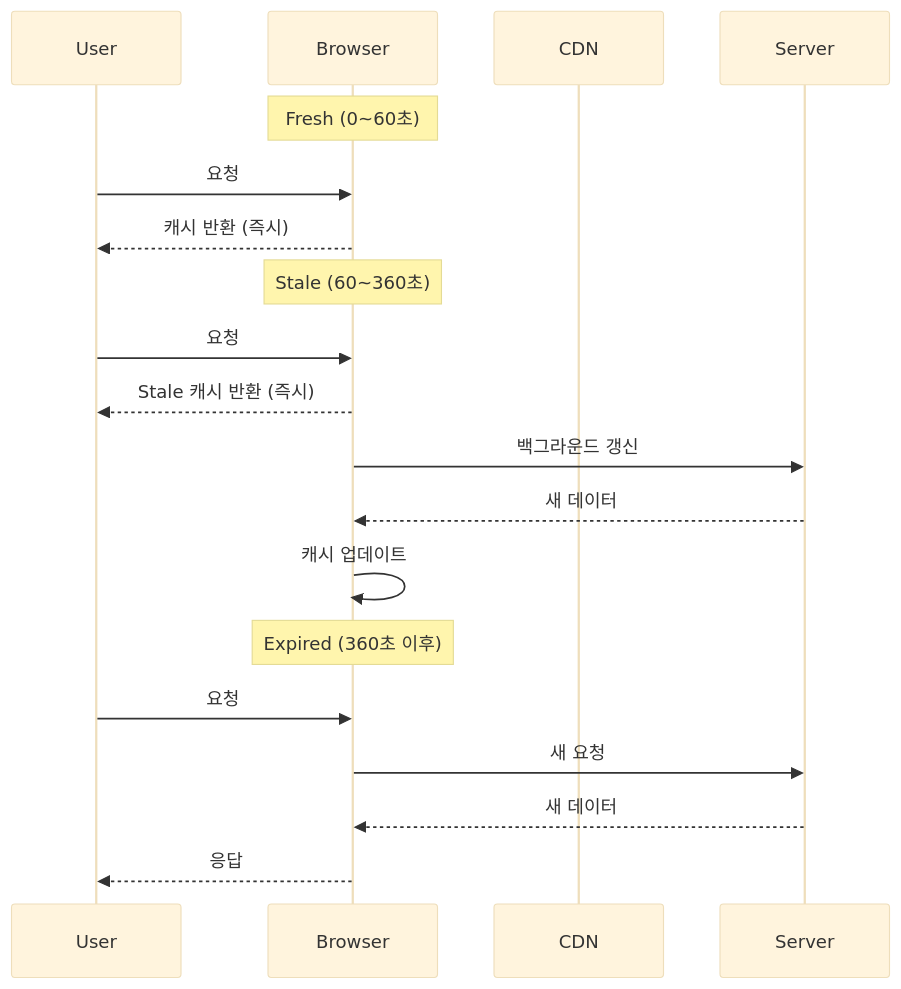
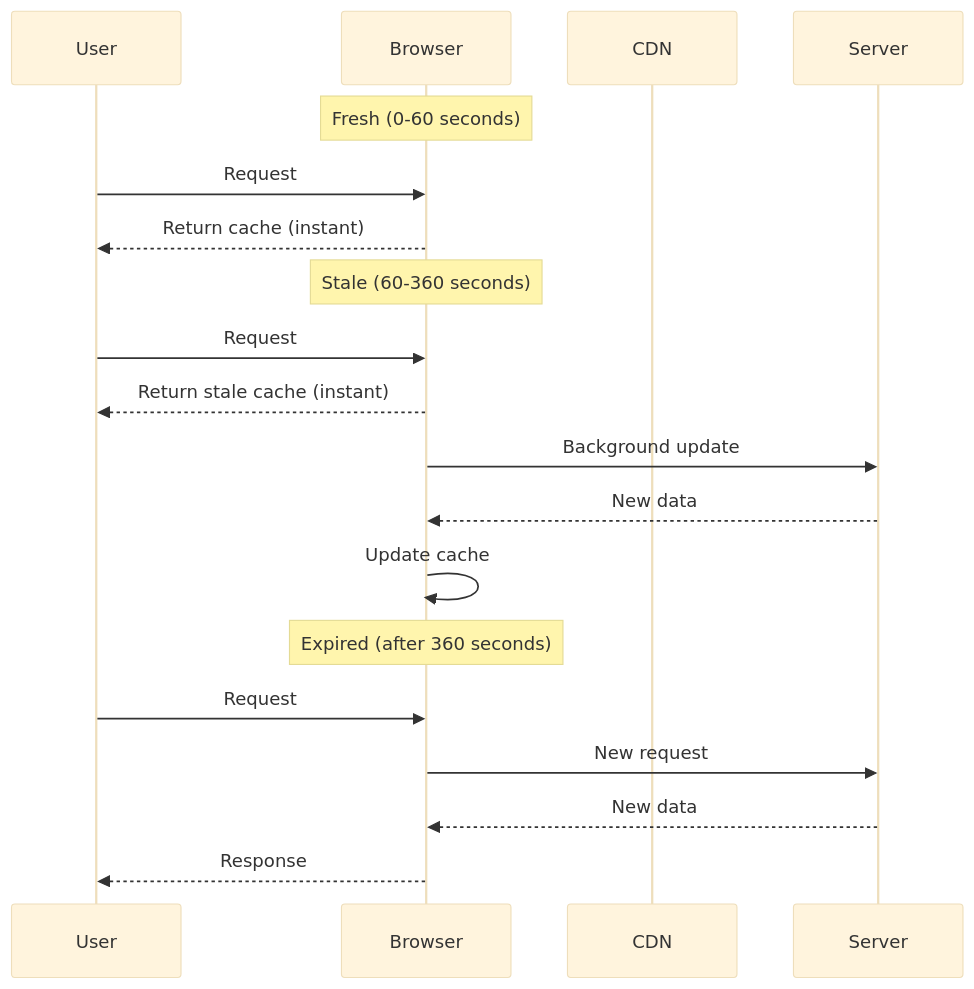
One commit to cartanova-ai/sonamu changed the third of 4 diagrams in modules/docs/en/advanced-features/cache-control/what-is-cache-control.mdx. Above: the diagram before and after it, drawn with Mermaid (base theme). The commit also changed other lines of this file and 86 other files, not shown here.

````diff
--- a/modules/docs/en/advanced-features/cache-control/what-is-cache-control.mdx
+++ b/modules/docs/en/advanced-features/cache-control/what-is-cache-control.mdx
@@ -154,24 +154,24 @@
 ```mermaid
 sequenceDiagram
     participant User
     participant Browser
     participant CDN
     participant Server
 
-    Note over Browser: Fresh (0~60초)
-    User->>Browser: 요청
-    Browser-->>User: 캐시 반환 (즉시)
+    Note over Browser: Fresh (0-60 seconds)
+    User->>Browser: Request
+    Browser-->>User: Return cache (instant)
 
-    Note over Browser: Stale (60~360초)
-    User->>Browser: 요청
-    Browser-->>User: Stale 캐시 반환 (즉시)
-    Browser->>Server: 백그라운드 갱신
-    Server-->>Browser: 새 데이터
-    Browser->>Browser: 캐시 업데이트
+    Note over Browser: Stale (60-360 seconds)
+    User->>Browser: Request
+    Browser-->>User: Return stale cache (instant)
+    Browser->>Server: Background update
+    Server-->>Browser: New data
+    Browser->>Browser: Update cache
 
-    Note over Browser: Expired (360초 이후)
-    User->>Browser: 요청
-    Browser->>Server: 새 요청
-    Server-->>Browser: 새 데이터
-    Browser-->>User: 응답
+    Note over Browser: Expired (after 360 seconds)
+    User->>Browser: Request
+    Browser->>Server: New request
+    Server-->>Browser: New data
+    Browser-->>User: Response
 ```
````
